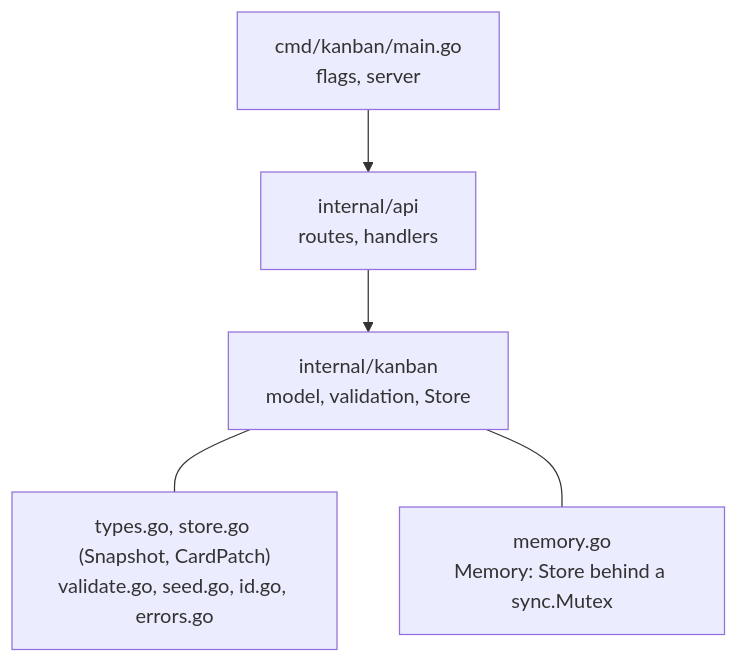
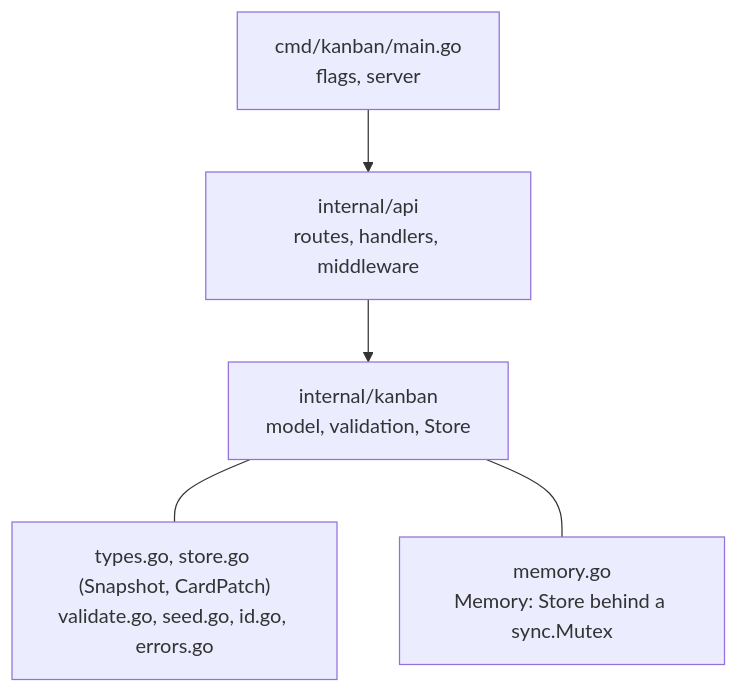
One commit to 0quasarquantum0/Kanban_Vue changed diagram 12 of 14 in docs/architecture.md. Above: the diagram before and after it, drawn with Mermaid. The commit also changed other lines of this file and 10 other files, not shown here.

````diff
--- a/docs/architecture.md
+++ b/docs/architecture.md
@@ -321,7 +321,7 @@
 ```mermaid
 flowchart TD
-  main["cmd/kanban/main.go<br/>flags, server"] --> api["internal/api<br/>routes, handlers"]
+  main["cmd/kanban/main.go<br/>flags, server"] --> api["internal/api<br/>routes, handlers, middleware"]
   api --> kanban["internal/kanban<br/>model, validation, Store"]
   kanban --- types["types.go, store.go (Snapshot, CardPatch)<br/>validate.go, seed.go, id.go, errors.go"]
   kanban --- mem["memory.go<br/>Memory: Store behind a sync.Mutex"]
 ```
````
